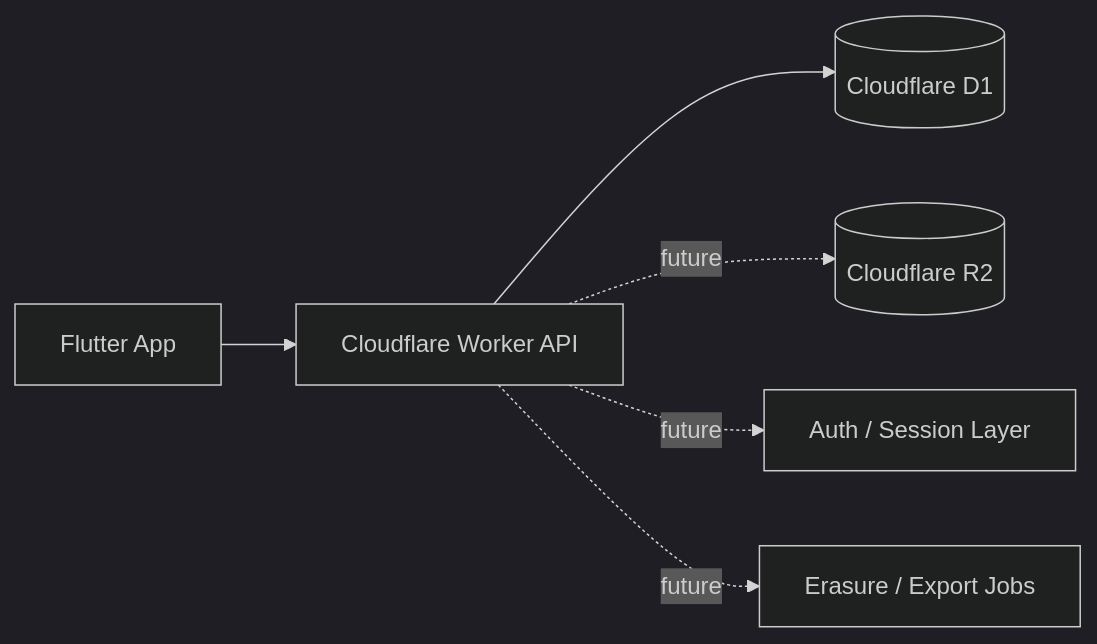
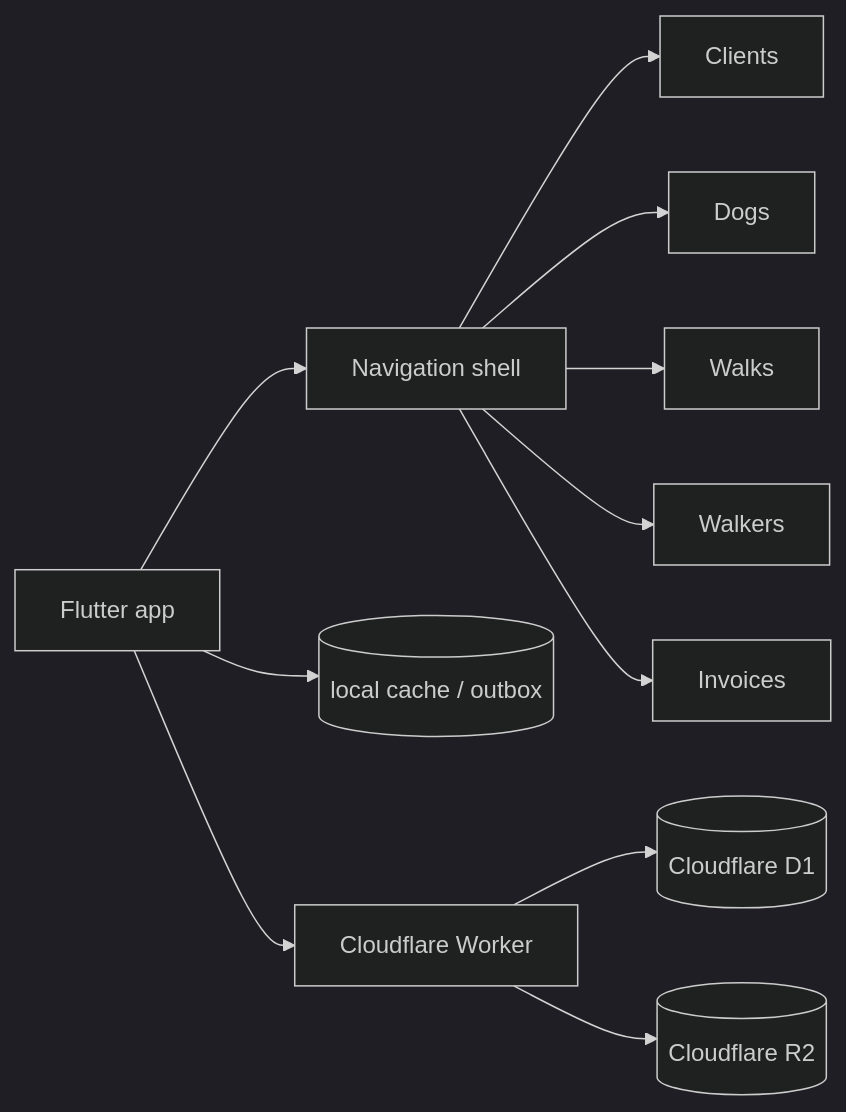
The second of 2 diagrams in docs/architecture/diagrams.md (nathcymru/CiCwtch), drawn with Mermaid (dark theme) before and after one commit. The commit also changed other lines of this file and 92 other files, not shown here.

````diff
--- a/docs/architecture/diagrams.md
+++ b/docs/architecture/diagrams.md
@@ -24,8 +17,13 @@
 ```mermaid
 flowchart LR
-  U[Flutter App] --> API[Cloudflare Worker API]
-  API --> D1[(Cloudflare D1)]
-  API -. future .-> R2[(Cloudflare R2)]
-  API -. future .-> Auth[Auth / Session Layer]
-  API -. future .-> DSAR[Erasure / Export Jobs]
+  UI[Flutter app] --> Shell[Navigation shell]
+  Shell --> Clients
+  Shell --> Dogs
+  Shell --> Walks
+  Shell --> Walkers
+  Shell --> Invoices
+  UI --> Offline[(local cache / outbox)]
+  UI --> Worker[Cloudflare Worker]
+  Worker --> D1[(Cloudflare D1)]
+  Worker --> R2[(Cloudflare R2)]
 ```
````
